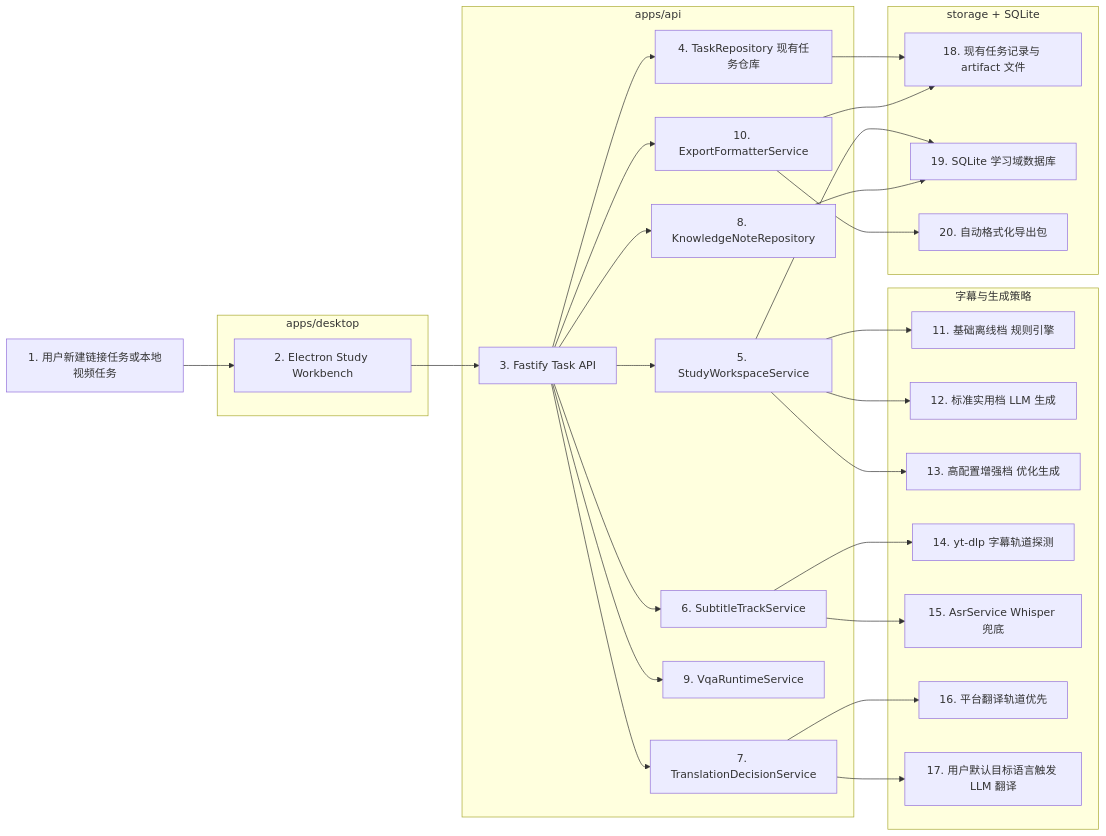
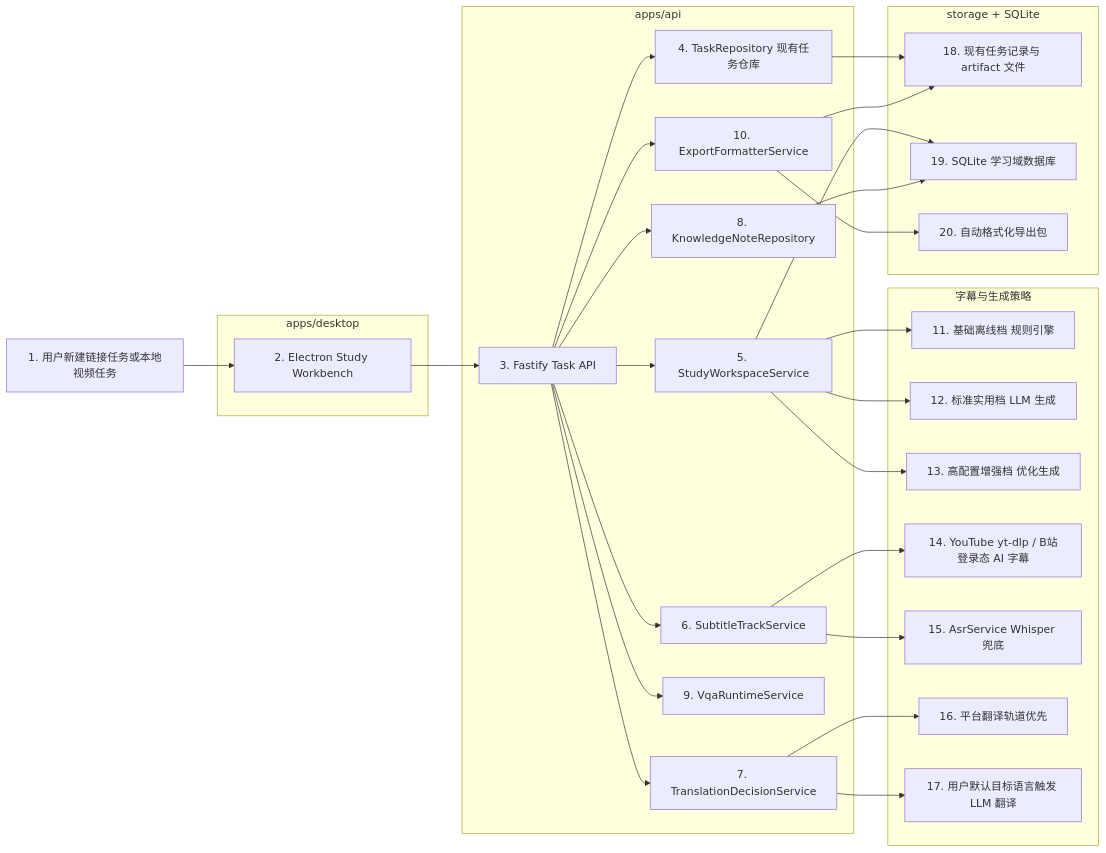
The first of 2 diagrams in docs/vidgnost-study-workbench-refactor-plan.zh-CN.md (Albert-PZY/VidGnost), drawn with Mermaid before and after one commit. The commit also changed other lines of this file and 23 other files, not shown here.

````diff
--- a/docs/vidgnost-study-workbench-refactor-plan.zh-CN.md
+++ b/docs/vidgnost-study-workbench-refactor-plan.zh-CN.md
@@ -159,55 +160,55 @@
 ```mermaid
 flowchart LR
     A[1. 用户新建链接任务或本地视频任务] --> B[2. Electron Study Workbench]
     B --> C[3. Fastify Task API]
     C --> D[4. TaskRepository 现有任务仓库]
     C --> E[5. StudyWorkspaceService]
     C --> F[6. SubtitleTrackService]
     C --> G[7. TranslationDecisionService]
     C --> H[8. KnowledgeNoteRepository]
     C --> I[9. VqaRuntimeService]
     C --> J[10. ExportFormatterService]
     E --> K[11. 基础离线档 规则引擎]
     E --> L[12. 标准实用档 LLM 生成]
     E --> M[13. 高配置增强档 优化生成]
-    F --> N[14. yt-dlp 字幕轨道探测]
+    F --> N[14. YouTube yt-dlp / B站登录态 AI 字幕]
     F --> O[15. AsrService Whisper 兜底]
     G --> P[16. 平台翻译轨道优先]
     G --> Q[17. 用户默认目标语言触发 LLM 翻译]
     D --> R[18. 现有任务记录与 artifact 文件]
     E --> S[19. SQLite 学习域数据库]
     H --> S
     J --> R
     J --> T[20. 自动格式化导出包]
 
     subgraph Desktop["apps/desktop"]
         B
     end
 
     subgraph Api["apps/api"]
         C
         D
         E
         F
         G
         H
         I
         J
     end
 
     subgraph Runtime["字幕与生成策略"]
         K
         L
         M
         N
         O
         P
         Q
     end
 
     subgraph Storage["storage + SQLite"]
         R
         S
         T
     end
 ```
````
